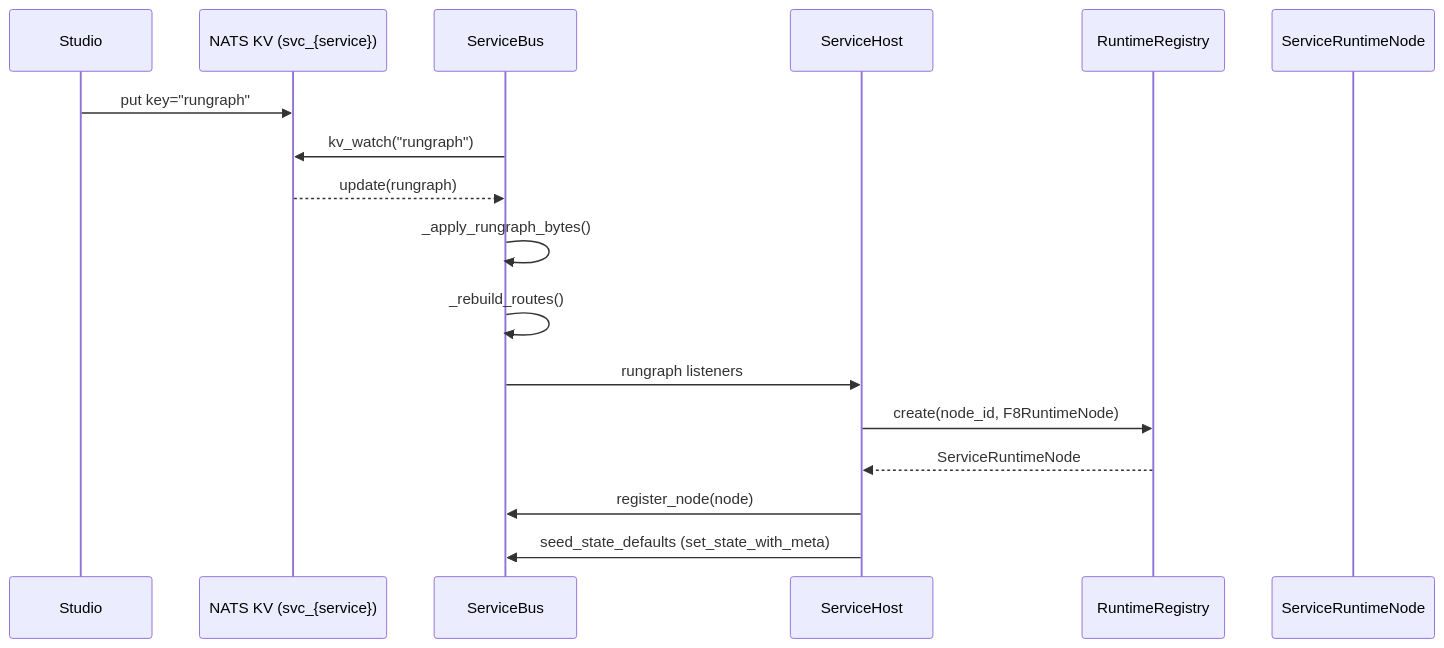
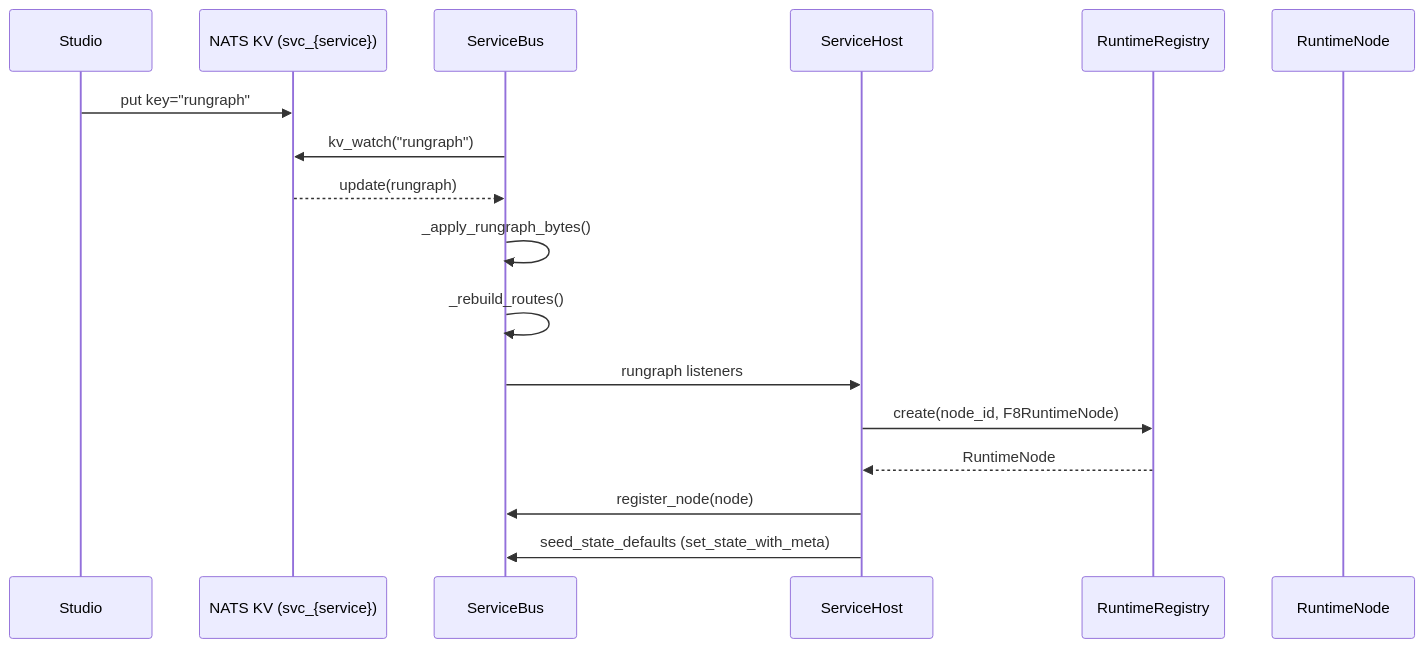
The second of 11 diagrams in docs/design/pysdk-runtime.md (feel8-fun/f8studio), drawn with Mermaid before and after one commit. The commit also changed other lines of this file and 10 other files, not shown here.

Commit message:
refactor: rename ServiceRuntimeNode to RuntimeNode and update related classes for clarity

````diff
--- a/docs/design/pysdk-runtime.md
+++ b/docs/design/pysdk-runtime.md
@@ -67,20 +67,20 @@
 ```mermaid
 sequenceDiagram
     participant Studio
     participant KV as NATS KV (svc_{service})
     participant Runtime as ServiceBus
     participant Host as ServiceHost
     participant Registry as RuntimeRegistry
-    participant Node as ServiceRuntimeNode
+    participant Node as RuntimeNode
 
     Studio->>KV: put key="rungraph"
     Runtime->>KV: kv_watch("rungraph")
     KV-->>Runtime: update(rungraph)
     Runtime->>Runtime: _apply_rungraph_bytes()
     Runtime->>Runtime: _rebuild_routes()
     Runtime->>Host: rungraph listeners
     Host->>Registry: create(node_id, F8RuntimeNode)
-    Registry-->>Host: ServiceRuntimeNode
+    Registry-->>Host: RuntimeNode
     Host->>Runtime: register_node(node)
     Host->>Runtime: seed_state_defaults (set_state_with_meta)
 ```
````
